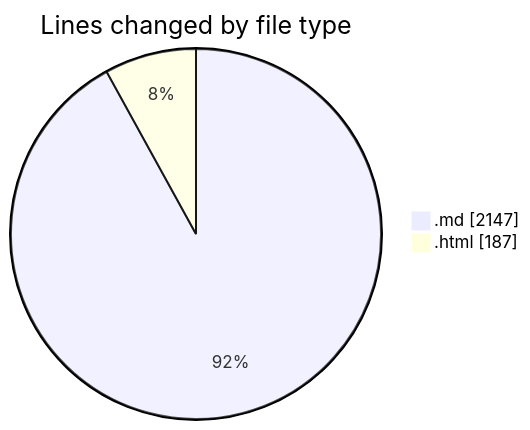
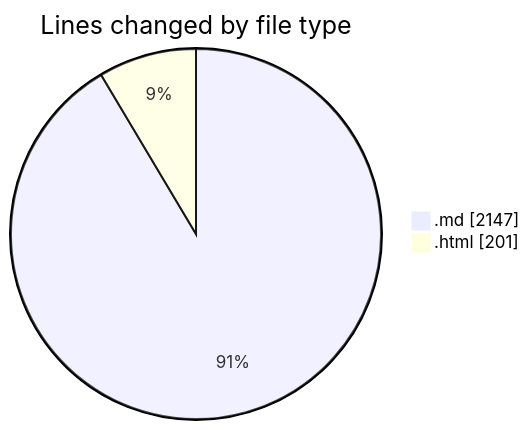
Before and after one commit to Ritupan-Deka/code-tracking: the first of 2 diagrams in 2025-07-07/urlwebwala_intership_work/README.md, drawn with Mermaid. The commit also changed other lines of this file and 1 other file, not shown here.

````diff
--- a/2025-07-07/urlwebwala_intership_work/README.md
+++ b/2025-07-07/urlwebwala_intership_work/README.md
@@ -25,6 +25,6 @@
 ```mermaid
 pie showData
 title Lines changed by file type
 ".md" : 2147
-".html" : 187
+".html" : 201
 ```
````
